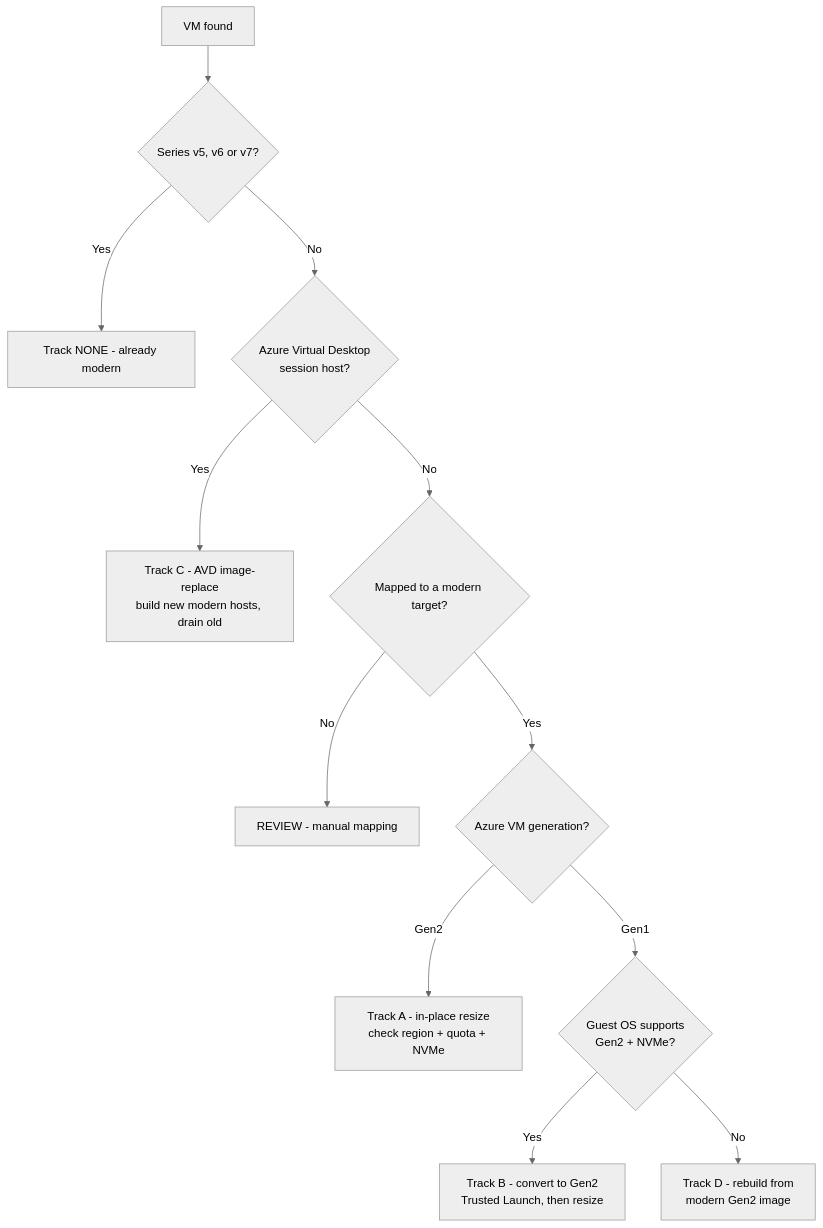
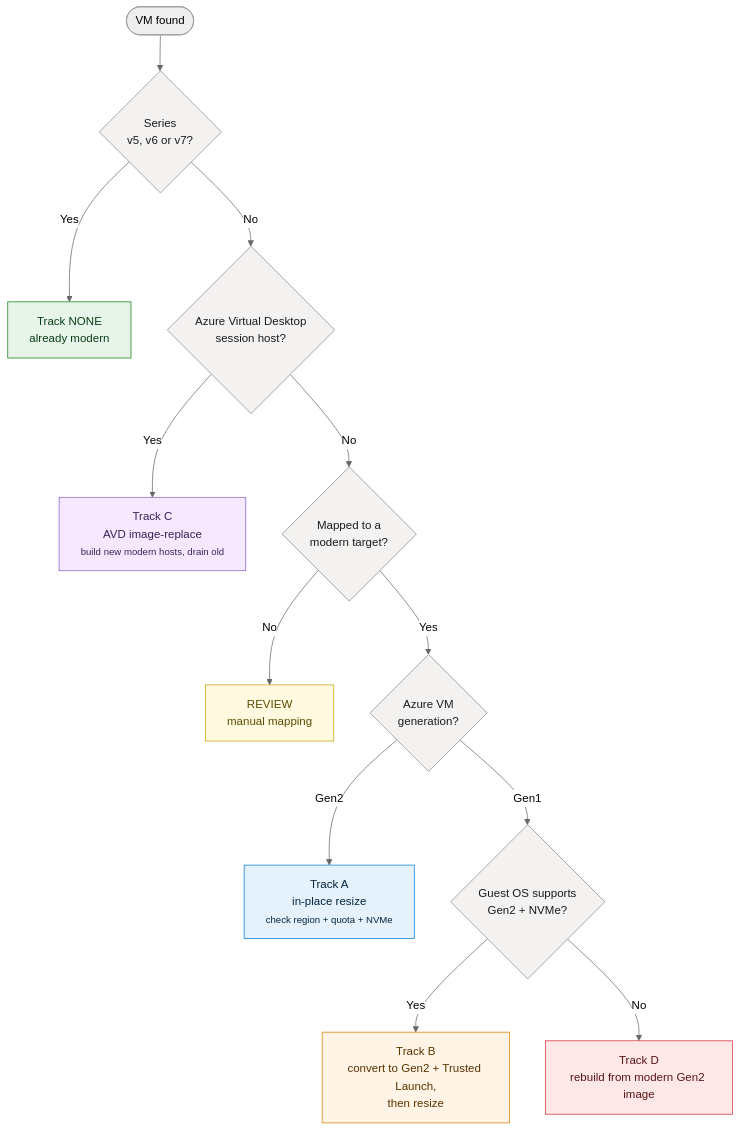
Before and after one commit to babson44/azure-vm-modernization-toolkit: the diagram in docs/04-decision-tree.md, drawn with Mermaid (neutral theme). The commit also changed other lines of this file and 5 other files, not shown here.

````diff
--- a/docs/04-decision-tree.md
+++ b/docs/04-decision-tree.md
@@ -9,14 +9,24 @@
 ```mermaid
 flowchart TD
-    A[VM found] --> B{Series v5, v6 or v7?}
-    B -- Yes --> Z[Track NONE - already modern]
+    A([VM found]) --> B{Series<br/>v5, v6 or v7?}
+    B -- Yes --> Z[Track NONE<br/>already modern]
     B -- No  --> C{Azure Virtual Desktop<br/>session host?}
-    C -- Yes --> TC[Track C - AVD image-replace<br/>build new modern hosts, drain old]
-    C -- No  --> D{Mapped to a modern target?}
-    D -- No  --> RV[REVIEW - manual mapping]
-    D -- Yes --> E{Azure VM generation?}
-    E -- Gen2 --> TA[Track A - in-place resize<br/>check region + quota + NVMe]
+    C -- Yes --> TC[Track C<br/>AVD image-replace<br/><small>build new modern hosts, drain old</small>]
+    C -- No  --> D{Mapped to a<br/>modern target?}
+    D -- No  --> RV[REVIEW<br/>manual mapping]
+    D -- Yes --> E{Azure VM<br/>generation?}
+    E -- Gen2 --> TA[Track A<br/>in-place resize<br/><small>check region + quota + NVMe</small>]
     E -- Gen1 --> F{Guest OS supports<br/>Gen2 + NVMe?}
-    F -- Yes --> TB[Track B - convert to Gen2<br/>Trusted Launch, then resize]
-    F -- No  --> TD[Track D - rebuild from<br/>modern Gen2 image]
+    F -- Yes --> TB[Track B<br/>convert to Gen2 + Trusted Launch,<br/>then resize]
+    F -- No  --> TD[Track D<br/>rebuild from modern Gen2 image]
+
+    classDef none fill:#e6f4ea,stroke:#107c10,color:#0b3d16;
+    classDef ta   fill:#e5f1fb,stroke:#0078d4,color:#04263f;
+    classDef tb   fill:#fff4e5,stroke:#d67c00,color:#5a3300;
+    classDef tc   fill:#f6e9ff,stroke:#8661c5,color:#3a2258;
+    classDef td   fill:#fde7e7,stroke:#d13438,color:#5a1416;
+    classDef rv   fill:#fff9e0,stroke:#c9a400,color:#5a4b00;
+    classDef q    fill:#f3f2f1,stroke:#8a8886,color:#1b1b1b;
+    class Z none; class TA ta; class TB tb; class TC tc; class TD td; class RV rv;
+    class B,C,D,E,F q;
 ```
````
